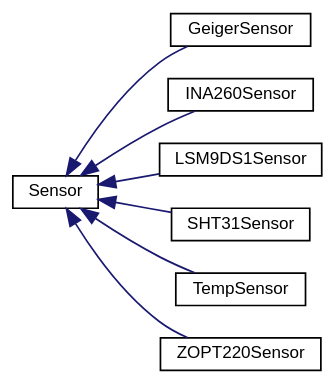
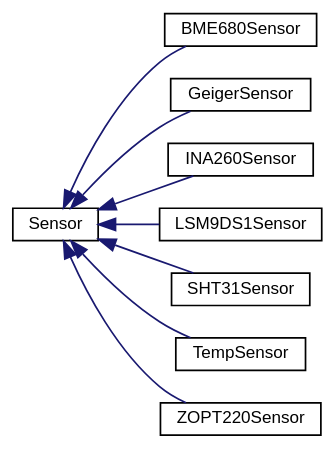
Before and after one commit to ASU-ASCEND/Fall-2024: the diagram in docs/inherit_graph_0.dot, drawn with Graphviz. The commit also changed 89 other files, not shown here.

```diff
--- a/docs/inherit_graph_0.dot
+++ b/docs/inherit_graph_0.dot
@@ -1,22 +1,24 @@
 digraph "Graphical Class Hierarchy"
 {
  // INTERACTIVE_SVG=YES
  // LATEX_PDF_SIZE
   bgcolor="transparent";
   edge [fontname="Helvetica",fontsize="10",labelfontname="Helvetica",labelfontsize="10"];
   node [fontname="Helvetica",fontsize="10",shape=record];
   rankdir="LR";
   Node0 [label="Sensor",height=0.2,width=0.4,color="black",URL="$classSensor.html",tooltip="Parent class for sensor objects."];
   Node0 -> Node1 [dir="back",color="midnightblue",fontsize="10",style="solid",fontname="Helvetica"];
-  Node1 [label="GeigerSensor",height=0.2,width=0.4,color="black",URL="$classGeigerSensor.html",tooltip="A class for interfacing with a Geiger counter sensor."];
+  Node1 [label="BME680Sensor",height=0.2,width=0.4,color="black",URL="$classBME680Sensor.html",tooltip="A class to interface with the Adafruit BME680 sensor for environmental data collection."];
   Node0 -> Node2 [dir="back",color="midnightblue",fontsize="10",style="solid",fontname="Helvetica"];
-  Node2 [label="INA260Sensor",height=0.2,width=0.4,color="black",URL="$classINA260Sensor.html",tooltip="A class to interface with the Adafruit INA260 sensor for current, voltage, and power measurements."];
+  Node2 [label="GeigerSensor",height=0.2,width=0.4,color="black",URL="$classGeigerSensor.html",tooltip="A class for interfacing with a Geiger counter sensor."];
   Node0 -> Node3 [dir="back",color="midnightblue",fontsize="10",style="solid",fontname="Helvetica"];
-  Node3 [label="LSM9DS1Sensor",height=0.2,width=0.4,color="black",URL="$classLSM9DS1Sensor.html",tooltip=" "];
+  Node3 [label="INA260Sensor",height=0.2,width=0.4,color="black",URL="$classINA260Sensor.html",tooltip="A class to interface with the Adafruit INA260 sensor for current, voltage, and power measurements."];
   Node0 -> Node4 [dir="back",color="midnightblue",fontsize="10",style="solid",fontname="Helvetica"];
-  Node4 [label="SHT31Sensor",height=0.2,width=0.4,color="black",URL="$classSHT31Sensor.html",tooltip="Interfaces with SHT31 Sensor to collect temperature and humidity data."];
+  Node4 [label="LSM9DS1Sensor",height=0.2,width=0.4,color="black",URL="$classLSM9DS1Sensor.html",tooltip=" "];
   Node0 -> Node5 [dir="back",color="midnightblue",fontsize="10",style="solid",fontname="Helvetica"];
-  Node5 [label="TempSensor",height=0.2,width=0.4,color="black",URL="$classTempSensor.html",tooltip="Implementation of a Sensor for the onboard temperature sensor."];
+  Node5 [label="SHT31Sensor",height=0.2,width=0.4,color="black",URL="$classSHT31Sensor.html",tooltip="Interfaces with SHT31 Sensor to collect temperature and humidity data."];
   Node0 -> Node6 [dir="back",color="midnightblue",fontsize="10",style="solid",fontname="Helvetica"];
-  Node6 [label="ZOPT220Sensor",height=0.2,width=0.4,color="black",URL="$classZOPT220Sensor.html",tooltip="A class to interface with the ZOPT220x UV and ambient light sensor."];
+  Node6 [label="TempSensor",height=0.2,width=0.4,color="black",URL="$classTempSensor.html",tooltip="Implementation of a Sensor for the onboard temperature sensor."];
+  Node0 -> Node7 [dir="back",color="midnightblue",fontsize="10",style="solid",fontname="Helvetica"];
+  Node7 [label="ZOPT220Sensor",height=0.2,width=0.4,color="black",URL="$classZOPT220Sensor.html",tooltip="A class to interface with the ZOPT220x UV and ambient light sensor."];
 }
```
